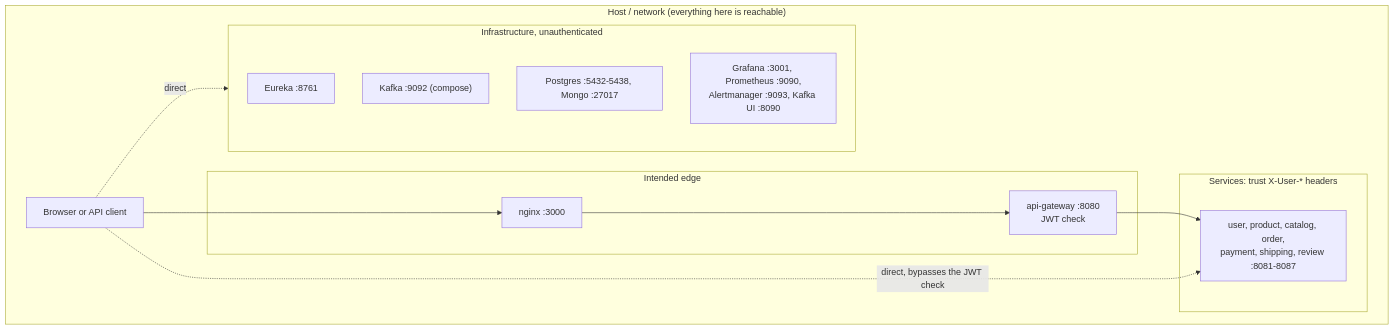
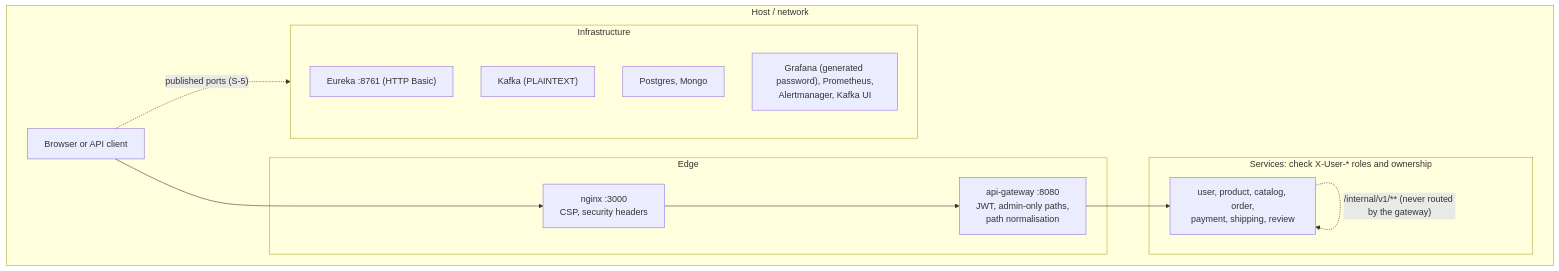
Before and after one commit to bmcnpnr/ecommerce-platform: the diagram in docs/security.md, drawn with Mermaid. The commit also changed other lines of this file and 26 other files, not shown here.

````diff
--- a/docs/security.md
+++ b/docs/security.md
@@ -19,22 +16,22 @@
 ```mermaid
 flowchart TB
-    subgraph Host["Host / network (everything here is reachable)"]
+    subgraph Host["Host / network"]
         C[Browser or API client]
-        subgraph Edge["Intended edge"]
-            NX["nginx :3000"]
-            GW["api-gateway :8080<br/>JWT check"]
+        subgraph Edge["Edge"]
+            NX["nginx :3000<br/>CSP, security headers"]
+            GW["api-gateway :8080<br/>JWT, admin-only paths,<br/>path normalisation"]
         end
-        subgraph Services["Services: trust X-User-* headers"]
-            S["user, product, catalog, order,<br/>payment, shipping, review :8081-8087"]
+        subgraph Services["Services: check X-User-* roles and ownership"]
+            S["user, product, catalog, order,<br/>payment, shipping, review"]
         end
-        subgraph Infra["Infrastructure, unauthenticated"]
-            EU["Eureka :8761"]
-            KF["Kafka :9092 (compose)"]
-            DB["Postgres :5432-5438, Mongo :27017"]
-            MON["Grafana :3001, Prometheus :9090,<br/>Alertmanager :9093, Kafka UI :8090"]
+        subgraph Infra["Infrastructure"]
+            EU["Eureka :8761 (HTTP Basic)"]
+            KF["Kafka (PLAINTEXT)"]
+            DB["Postgres, Mongo"]
+            MON["Grafana (generated password), Prometheus,<br/>Alertmanager, Kafka UI"]
         end
     end
     C --> NX --> GW --> S
-    C -. "direct, bypasses the JWT check" .-> S
-    C -. direct .-> Infra
+    S -. "/internal/v1/** (never routed by the gateway)" .-> S
+    C -. "published ports (S-5)" .-> Infra
 ```
````
